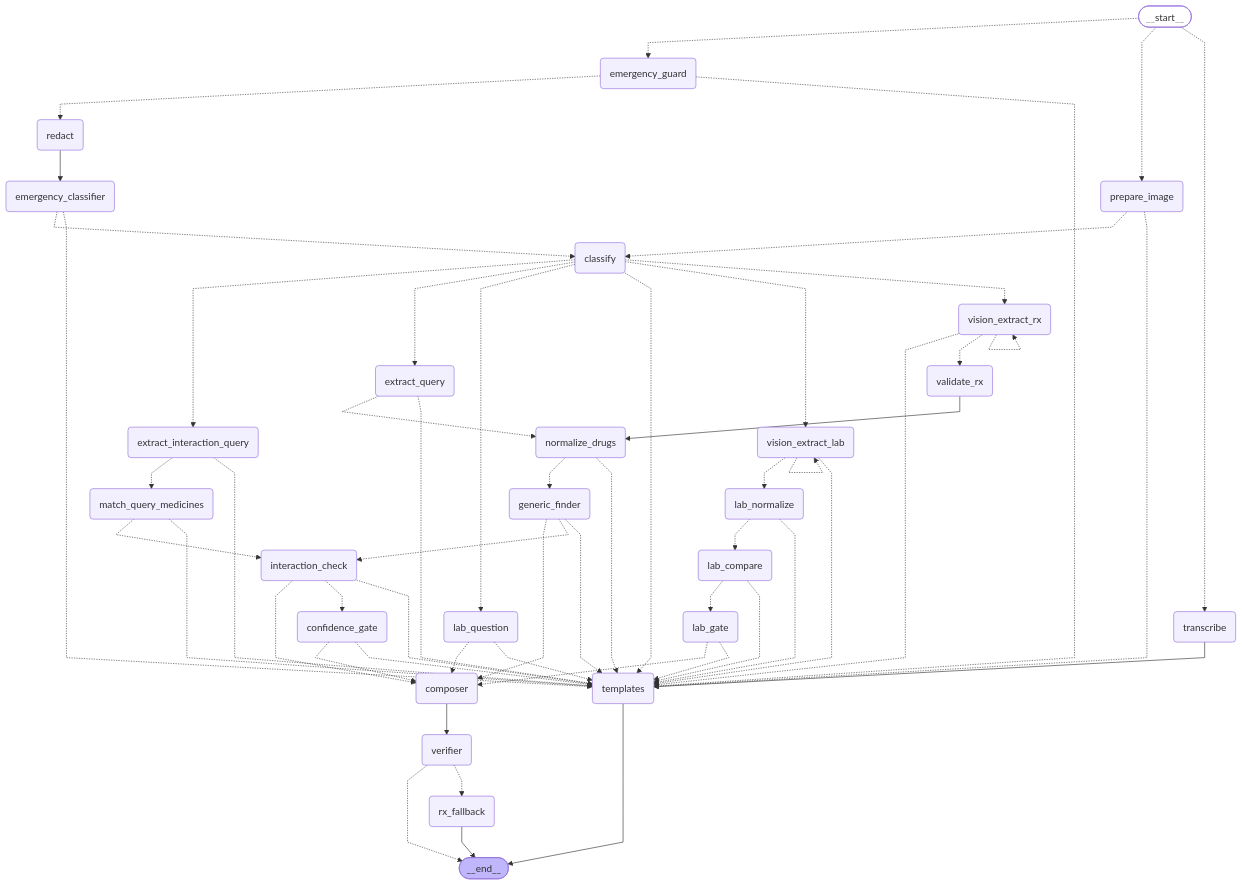
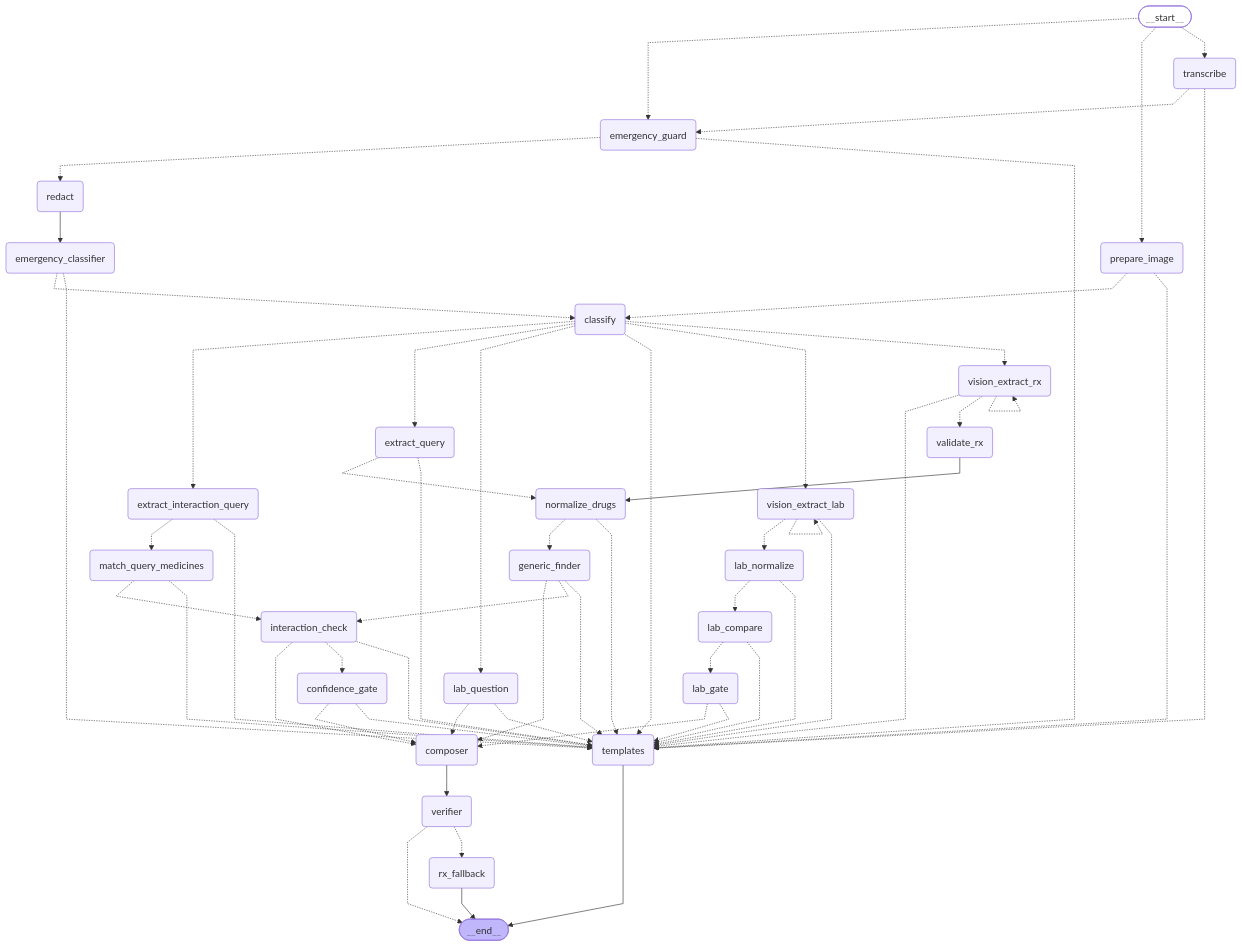
Before and after one commit to sachin-11/dawai-saathi: the diagram in docs/architecture/graph.mmd, drawn with Mermaid. The commit also changed 105 other files, not shown here.

First line of the commit message:
feat(graph): voice notes with STT, emergency-first transcripts and spoken replies (M13)

```diff
--- a/docs/architecture/graph.mmd
+++ b/docs/architecture/graph.mmd
@@ -1,88 +1,89 @@
 ---
 config:
   flowchart:
     curve: linear
 ---
 graph TD;
 	__start__([<p>__start__</p>]):::first
 	emergency_guard(emergency_guard)
 	redact(redact)
 	emergency_classifier(emergency_classifier)
 	transcribe(transcribe)
 	prepare_image(prepare_image)
 	classify(classify)
 	vision_extract_rx(vision_extract_rx)
 	validate_rx(validate_rx)
 	normalize_drugs(normalize_drugs)
 	generic_finder(generic_finder)
 	confidence_gate(confidence_gate)
 	extract_query(extract_query)
 	extract_interaction_query(extract_interaction_query)
 	match_query_medicines(match_query_medicines)
 	interaction_check(interaction_check)
 	composer(composer)
 	verifier(verifier)
 	templates(templates)
 	rx_fallback(rx_fallback)
 	vision_extract_lab(vision_extract_lab)
 	lab_normalize(lab_normalize)
 	lab_compare(lab_compare)
 	lab_gate(lab_gate)
 	lab_question(lab_question)
 	__end__([<p>__end__</p>]):::last
 	__start__ -.-> emergency_guard;
 	__start__ -.-> prepare_image;
 	__start__ -.-> transcribe;
 	classify -.-> extract_interaction_query;
 	classify -.-> extract_query;
 	classify -.-> lab_question;
 	classify -.-> templates;
 	classify -.-> vision_extract_lab;
 	classify -.-> vision_extract_rx;
 	composer --> verifier;
 	confidence_gate -.-> composer;
 	confidence_gate -.-> templates;
 	emergency_classifier -.-> classify;
 	emergency_classifier -.-> templates;
 	emergency_guard -.-> redact;
 	emergency_guard -.-> templates;
 	extract_interaction_query -.-> match_query_medicines;
 	extract_interaction_query -.-> templates;
 	extract_query -.-> normalize_drugs;
 	extract_query -.-> templates;
 	generic_finder -.-> composer;
 	generic_finder -.-> interaction_check;
 	generic_finder -.-> templates;
 	interaction_check -.-> composer;
 	interaction_check -.-> confidence_gate;
 	interaction_check -.-> templates;
 	lab_compare -.-> lab_gate;
 	lab_compare -.-> templates;
 	lab_gate -.-> composer;
 	lab_gate -.-> templates;
 	lab_normalize -.-> lab_compare;
 	lab_normalize -.-> templates;
 	lab_question -.-> composer;
 	lab_question -.-> templates;
 	match_query_medicines -.-> interaction_check;
 	match_query_medicines -.-> templates;
 	normalize_drugs -.-> generic_finder;
 	normalize_drugs -.-> templates;
 	prepare_image -.-> classify;
 	prepare_image -.-> templates;
 	redact --> emergency_classifier;
-	transcribe --> templates;
+	transcribe -.-> emergency_guard;
+	transcribe -.-> templates;
 	validate_rx --> normalize_drugs;
 	verifier -.-> __end__;
 	verifier -.-> rx_fallback;
 	vision_extract_lab -.-> lab_normalize;
 	vision_extract_lab -.-> templates;
 	vision_extract_rx -.-> templates;
 	vision_extract_rx -.-> validate_rx;
 	rx_fallback --> __end__;
 	templates --> __end__;
 	vision_extract_lab -.-> vision_extract_lab;
 	vision_extract_rx -.-> vision_extract_rx;
 	classDef default fill:#f2f0ff,line-height:1.2
 	classDef first fill-opacity:0
 	classDef last fill:#bfb6fc
```
